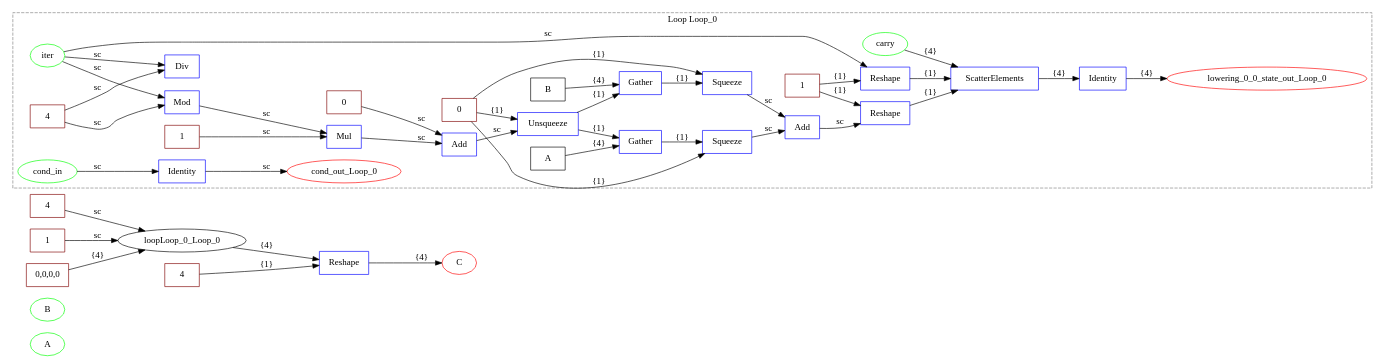
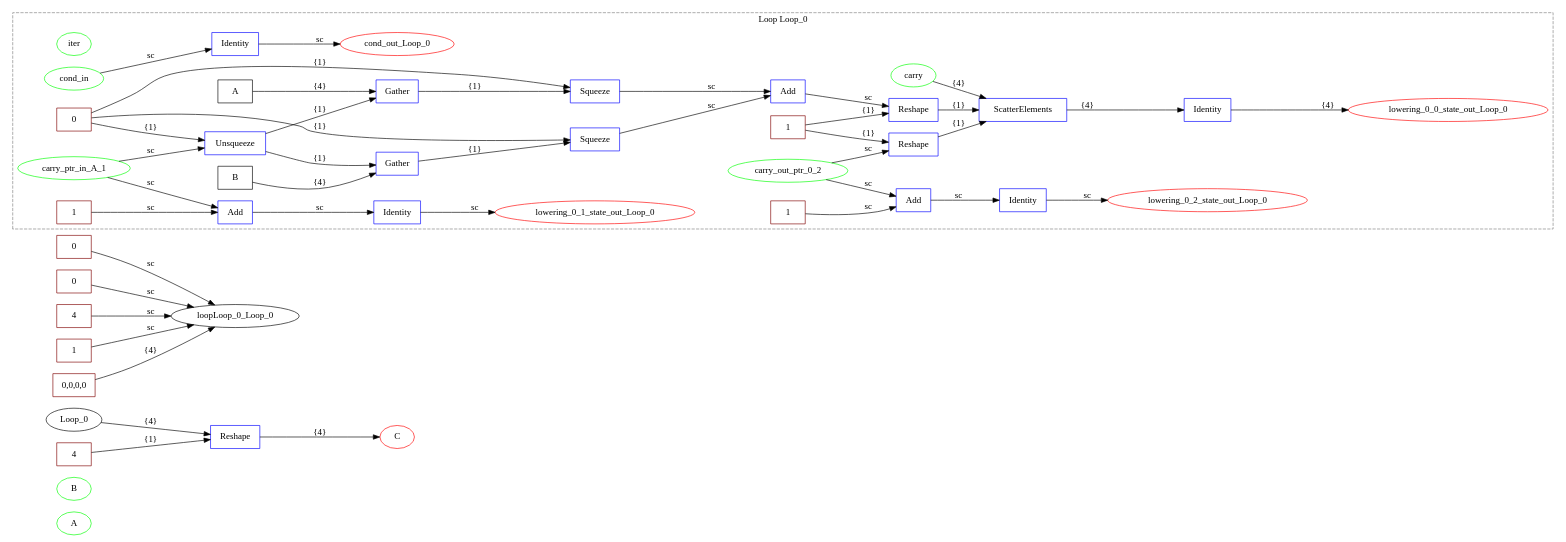
Before and after one commit to specs-feup/onnx-flow: the diagram in examples/onnx/vectoradd_test.dot, drawn with Graphviz. The commit also changed 12 other files, not shown here.

```diff
--- a/examples/onnx/vectoradd_test.dot
+++ b/examples/onnx/vectoradd_test.dot
@@ -1,82 +1,89 @@
 digraph {
   graph [compound=true rankdir=LR];
   A [label=A shape=ellipse color=lime];
   B [label=B shape=ellipse color=lime];
   C [label=C shape=ellipse color=red];
   loop_lowering_Reshape [label=Reshape shape=box color=blue];
   loop_lowering_trip_count_Loop_0 [label=4 shape=box color=maroon];
   loop_lowering_cond_Loop_0 [label=1 shape=box color=maroon];
   loop_lowering_init_carry_Loop_0 [label="0,0,0,0" shape=box color=maroon];
+  Loop_0 -> loop_lowering_Reshape [label="{4}"];
+  loop_lowering_init_ptr_in_A [label=0 shape=box color=maroon];
+  loop_lowering_init_out_ptr_0 [label=0 shape=box color=maroon];
   subgraph cluster_loop_Loop_0 {
     graph [compound=true rankdir=LR];
     loopLoop_0_iter [label=iter shape=ellipse color=lime];
     loopLoop_0_cond_in [label=cond_in shape=ellipse color=lime];
-    loopLoop_0_carry [label=carry shape=ellipse color=lime];
     loopLoop_0_id_cond_Loop_0 [label=Identity shape=box color=blue];
     loopLoop_0_cond_out_Loop_0 [label=cond_out_Loop_0 shape=ellipse color=red];
+    loopLoop_0_carry [label=carry shape=ellipse color=lime];
     loopLoop_0_Loop_0_axes [label=0 shape=box color=maroon];
     loopLoop_0_A [label=A shape=box];
-    loopLoop_0_ew_0_mr_dim_gb_out_A_0 [label=4 shape=box color=maroon];
-    loopLoop_0_ew_0_Mod [label=Mod shape=box color=blue];
-    loopLoop_0_ew_0_Mod -> loopLoop_0_ew_0_Mul [label=sc];
-    loopLoop_0_ew_0_Div [label=Div shape=box color=blue];
-    loopLoop_0_ew_0_lin_zero_gb_lin_A [label=0 shape=box color=maroon];
-    loopLoop_0_ew_0_lin_stride_gb_lin_A_0 [label=1 shape=box color=maroon];
-    loopLoop_0_ew_0_Mul [label=Mul shape=box color=blue];
-    loopLoop_0_ew_0_Mul -> loopLoop_0_ew_0_Add [label=sc];
+    loopLoop_0_carry_ptr_in_A_1 [label=carry_ptr_in_A_1 shape=ellipse color=lime];
+    loopLoop_0_ew_0_agu_step_in_A [label=1 shape=box color=maroon];
     loopLoop_0_ew_0_Add [label=Add shape=box color=blue];
-    loopLoop_0_ew_0_Add -> loopLoop_0_ew_0_Unsqueeze [label=sc];
+    loopLoop_0_ew_0_Add -> loopLoop_0_lowering_0_id_state_out_Loop_0_1 [label=sc];
     loopLoop_0_ew_0_Unsqueeze [label=Unsqueeze shape=box color=blue];
     loopLoop_0_ew_0_Unsqueeze -> loopLoop_0_ew_0_Gather [label="{1}"];
     loopLoop_0_ew_0_Unsqueeze -> loopLoop_0_ew_0_Gather_1 [label="{1}"];
     loopLoop_0_ew_0_Gather [label=Gather shape=box color=blue];
     loopLoop_0_ew_0_Gather -> loopLoop_0_ew_0_Squeeze [label="{1}"];
     loopLoop_0_ew_0_Squeeze [label=Squeeze shape=box color=blue];
     loopLoop_0_ew_0_Squeeze -> loopLoop_0_ew_0_Add_1 [label=sc];
     loopLoop_0_B [label=B shape=box];
     loopLoop_0_ew_0_Gather_1 [label=Gather shape=box color=blue];
     loopLoop_0_ew_0_Gather_1 -> loopLoop_0_ew_0_Squeeze_1 [label="{1}"];
     loopLoop_0_ew_0_Squeeze_1 [label=Squeeze shape=box color=blue];
     loopLoop_0_ew_0_Squeeze_1 -> loopLoop_0_ew_0_Add_1 [label=sc];
     loopLoop_0_ew_0_Add_1 [label=Add shape=box color=blue];
     loopLoop_0_ew_0_Add_1 -> loopLoop_0_Loop_0_Reshape_1 [label=sc];
     loopLoop_0_Loop_0_one_shape [label=1 shape=box color=maroon];
+    loopLoop_0_carry_out_ptr_0_2 [label=carry_out_ptr_0_2 shape=ellipse color=lime];
+    loopLoop_0_Loop_0_out_step_1 [label=1 shape=box color=maroon];
+    loopLoop_0_Loop_0_Add [label=Add shape=box color=blue];
+    loopLoop_0_Loop_0_Add -> loopLoop_0_lowering_0_id_state_out_Loop_0_2 [label=sc];
     loopLoop_0_Loop_0_Reshape [label=Reshape shape=box color=blue];
     loopLoop_0_Loop_0_Reshape -> loopLoop_0_Loop_0_ScatterElements [label="{1}"];
     loopLoop_0_Loop_0_Reshape_1 [label=Reshape shape=box color=blue];
     loopLoop_0_Loop_0_Reshape_1 -> loopLoop_0_Loop_0_ScatterElements [label="{1}"];
     loopLoop_0_Loop_0_ScatterElements [label=ScatterElements shape=box color=blue];
     loopLoop_0_Loop_0_ScatterElements -> loopLoop_0_lowering_0_id_state_out_Loop_0_0 [label="{4}"];
     loopLoop_0_lowering_0_0_state_out_Loop_0 [label=lowering_0_0_state_out_Loop_0 shape=ellipse color=red];
     loopLoop_0_lowering_0_id_state_out_Loop_0_0 [label=Identity shape=box color=blue];
+    loopLoop_0_lowering_0_1_state_out_Loop_0 [label=lowering_0_1_state_out_Loop_0 shape=ellipse color=red];
+    loopLoop_0_lowering_0_id_state_out_Loop_0_1 [label=Identity shape=box color=blue];
+    loopLoop_0_lowering_0_2_state_out_Loop_0 [label=lowering_0_2_state_out_Loop_0 shape=ellipse color=red];
+    loopLoop_0_lowering_0_id_state_out_Loop_0_2 [label=Identity shape=box color=blue];
     loopLoop_0_cond_in -> loopLoop_0_id_cond_Loop_0 [label=sc];
-    loopLoop_0_iter -> loopLoop_0_ew_0_Mod [label=sc];
-    loopLoop_0_ew_0_mr_dim_gb_out_A_0 -> loopLoop_0_ew_0_Mod [label=sc];
+    loopLoop_0_lowering_0_id_state_out_Loop_0_1 -> loopLoop_0_lowering_0_1_state_out_Loop_0 [label=sc];
+    loopLoop_0_carry_ptr_in_A_1 -> loopLoop_0_ew_0_Add [label=sc];
+    loopLoop_0_ew_0_agu_step_in_A -> loopLoop_0_ew_0_Add [label=sc];
     loopLoop_0_id_cond_Loop_0 -> loopLoop_0_cond_out_Loop_0 [label=sc];
-    loopLoop_0_iter -> loopLoop_0_ew_0_Div [label=sc];
-    loopLoop_0_ew_0_mr_dim_gb_out_A_0 -> loopLoop_0_ew_0_Div [label=sc];
-    loopLoop_0_ew_0_lin_stride_gb_lin_A_0 -> loopLoop_0_ew_0_Mul [label=sc];
-    loopLoop_0_ew_0_lin_zero_gb_lin_A -> loopLoop_0_ew_0_Add [label=sc];
+    loopLoop_0_carry_ptr_in_A_1 -> loopLoop_0_ew_0_Unsqueeze [label=sc];
     loopLoop_0_Loop_0_axes -> loopLoop_0_ew_0_Unsqueeze [label="{1}"];
     loopLoop_0_A -> loopLoop_0_ew_0_Gather [label="{4}"];
     loopLoop_0_Loop_0_axes -> loopLoop_0_ew_0_Squeeze [label="{1}"];
     loopLoop_0_B -> loopLoop_0_ew_0_Gather_1 [label="{4}"];
     loopLoop_0_Loop_0_axes -> loopLoop_0_ew_0_Squeeze_1 [label="{1}"];
-    loopLoop_0_iter -> loopLoop_0_Loop_0_Reshape [label=sc];
+    loopLoop_0_carry_out_ptr_0_2 -> loopLoop_0_Loop_0_Add [label=sc];
+    loopLoop_0_Loop_0_out_step_1 -> loopLoop_0_Loop_0_Add [label=sc];
+    loopLoop_0_carry_out_ptr_0_2 -> loopLoop_0_Loop_0_Reshape [label=sc];
     loopLoop_0_Loop_0_one_shape -> loopLoop_0_Loop_0_Reshape [label="{1}"];
     loopLoop_0_Loop_0_one_shape -> loopLoop_0_Loop_0_Reshape_1 [label="{1}"];
     loopLoop_0_carry -> loopLoop_0_Loop_0_ScatterElements [label="{4}"];
     loopLoop_0_lowering_0_id_state_out_Loop_0_0 -> loopLoop_0_lowering_0_0_state_out_Loop_0 [label="{4}"];
+    loopLoop_0_lowering_0_id_state_out_Loop_0_2 -> loopLoop_0_lowering_0_2_state_out_Loop_0 [label=sc];
     graph [label="Loop Loop_0"];
     graph [style=dashed];
     graph [color=gray];
   }
 
-  loopLoop_0_Loop_0 -> loop_lowering_Reshape [label="{4}" ltail=cluster_loop_Loop_0];
   loop_lowering_final_shape [label=4 shape=box color=maroon];
   loop_lowering_final_shape -> loop_lowering_Reshape [label="{1}"];
   loop_lowering_trip_count_Loop_0 -> loopLoop_0_Loop_0 [label=sc lhead=cluster_loop_Loop_0];
   loop_lowering_cond_Loop_0 -> loopLoop_0_Loop_0 [label=sc lhead=cluster_loop_Loop_0];
   loop_lowering_init_carry_Loop_0 -> loopLoop_0_Loop_0 [label="{4}" lhead=cluster_loop_Loop_0];
+  loop_lowering_init_ptr_in_A -> loopLoop_0_Loop_0 [label=sc lhead=cluster_loop_Loop_0];
+  loop_lowering_init_out_ptr_0 -> loopLoop_0_Loop_0 [label=sc lhead=cluster_loop_Loop_0];
   loop_lowering_Reshape -> C [label="{4}"];
 }
```
